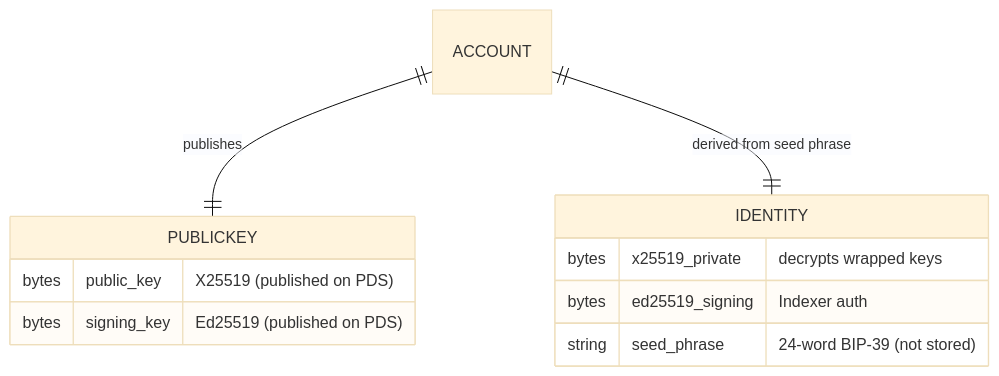
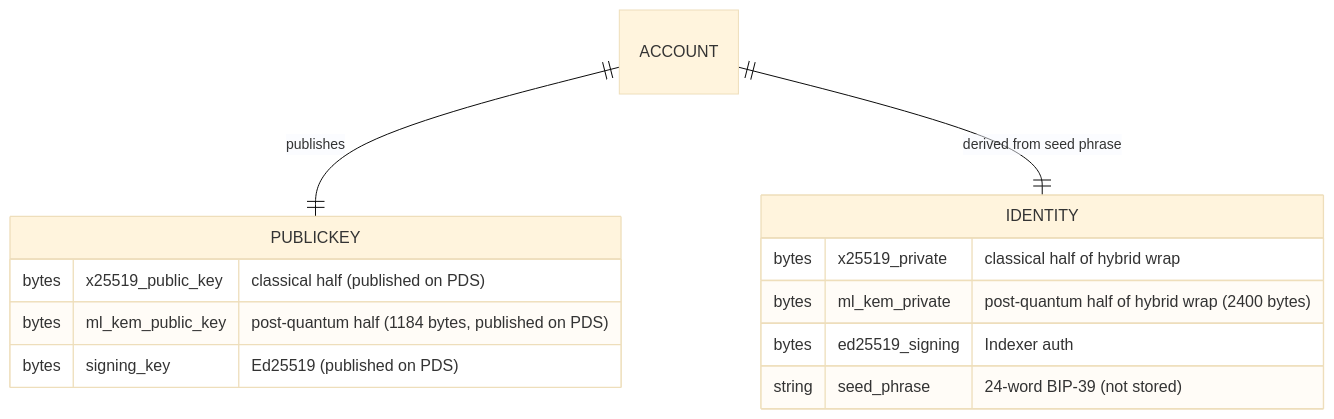
One commit to Sans-Self/Opake changed the second of 4 diagrams in docs/ARCHITECTURE.md. Above: the diagram before and after it, drawn with Mermaid (base theme). The commit also changed other lines of this file and 4 other files, not shown here.

First line of the commit message:
Phase 5: documentation refresh for the hybrid KEM

````diff
--- a/docs/ARCHITECTURE.md
+++ b/docs/ARCHITECTURE.md
@@ -122,16 +135,18 @@
 ```mermaid
 erDiagram
     ACCOUNT ||--|| PUBLICKEY : "publishes"
     ACCOUNT ||--|| IDENTITY : "derived from seed phrase"
 
     IDENTITY {
-        bytes x25519_private "decrypts wrapped keys"
+        bytes x25519_private "classical half of hybrid wrap"
+        bytes ml_kem_private "post-quantum half of hybrid wrap (2400 bytes)"
         bytes ed25519_signing "Indexer auth"
         string seed_phrase "24-word BIP-39 (not stored)"
     }
 
     PUBLICKEY {
-        bytes public_key "X25519 (published on PDS)"
+        bytes x25519_public_key "classical half (published on PDS)"
+        bytes ml_kem_public_key "post-quantum half (1184 bytes, published on PDS)"
         bytes signing_key "Ed25519 (published on PDS)"
     }
 ```
````
